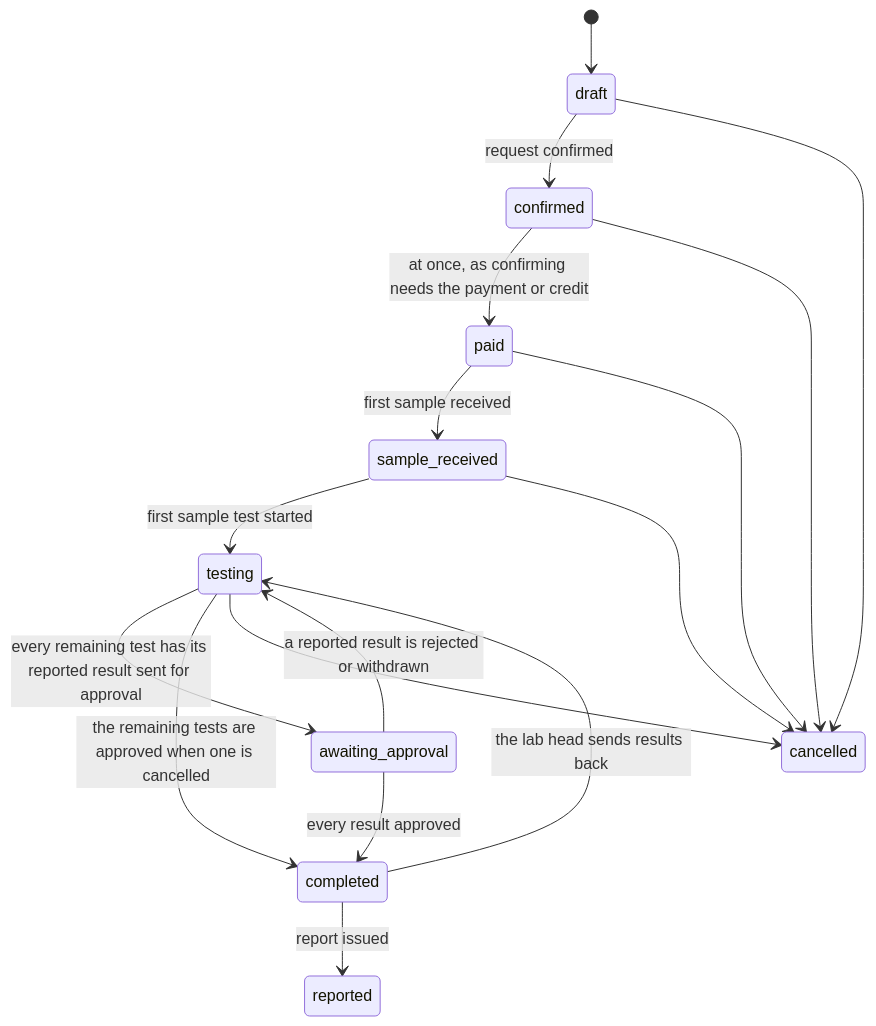
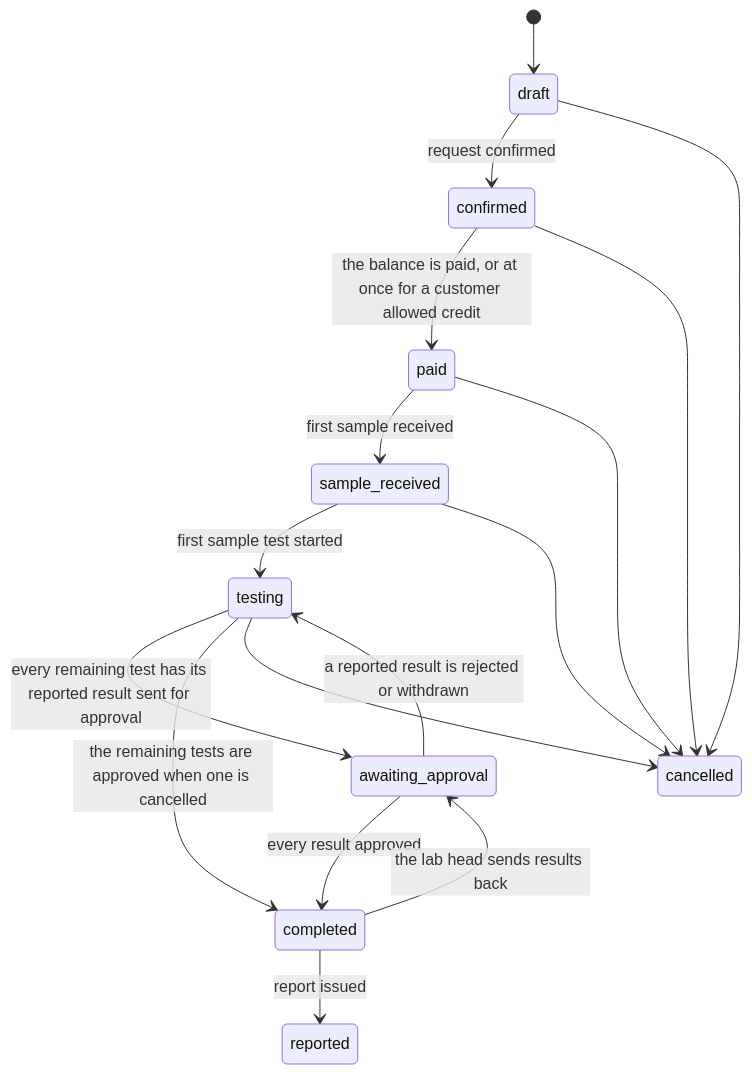
One commit to SoltuneMontepre/medilab changed the second of 9 diagrams in docs/functional/laboratory_module/overview.md. Above: the diagram before and after it, drawn with Mermaid. The commit also changed other lines of this file and 122 other files, not shown here.

First line of the commit message:
[docs] Align the requirements with the final activity diagrams and BM04 v1.1 (#551)

````diff
--- a/docs/functional/laboratory_module/overview.md
+++ b/docs/functional/laboratory_module/overview.md
@@ -57,19 +57,19 @@
 ```mermaid
 stateDiagram-v2
     [*] --> draft
     draft --> confirmed: request confirmed
-    confirmed --> paid: at once, as confirming needs the payment or credit
+    confirmed --> paid: the balance is paid, or at once for a customer allowed credit
     paid --> sample_received: first sample received
     sample_received --> testing: first sample test started
     testing --> awaiting_approval: every remaining test has its reported result sent for approval
     awaiting_approval --> testing: a reported result is rejected or withdrawn
     awaiting_approval --> completed: every result approved
     testing --> completed: the remaining tests are approved when one is cancelled
     completed --> reported: report issued
-    completed --> testing: the lab head sends results back
+    completed --> awaiting_approval: the lab head sends results back
     draft --> cancelled
     confirmed --> cancelled
     paid --> cancelled
     sample_received --> cancelled
     testing --> cancelled
 ```
````
